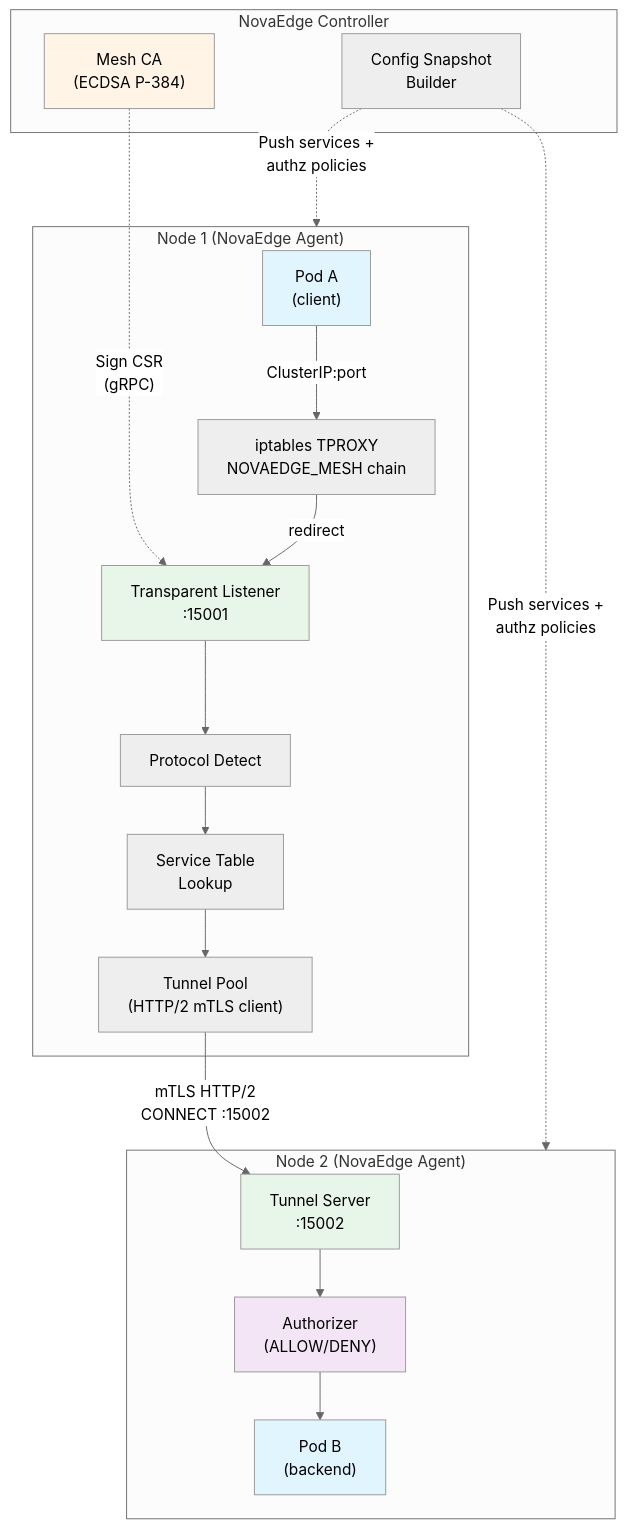
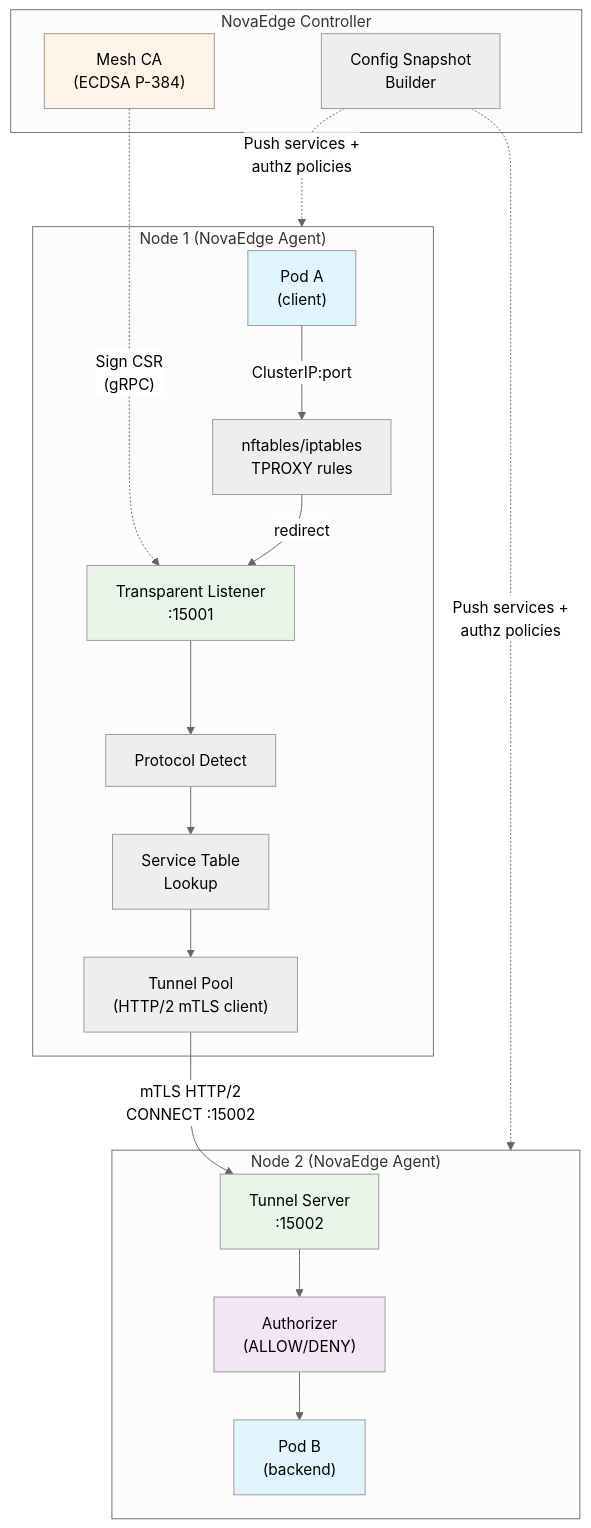
The first of 4 diagrams in docs/user-guide/service-mesh.md (azrtydxb/novaedge), drawn with Mermaid (neutral theme) before and after one commit. The commit also changed other lines of this file and 10 other files, not shown here.

First line of the commit message:
[Refactor] Replace iptables exec with nftables/netlink API for TPROXY (#506)

````diff
--- a/docs/user-guide/service-mesh.md
+++ b/docs/user-guide/service-mesh.md
@@ -20,33 +20,33 @@
 ```mermaid
 flowchart TB
     subgraph Node1["Node 1 (NovaEdge Agent)"]
-        Pod1["Pod A<br/>(client)"] -->|"ClusterIP:port"| IPT1["iptables TPROXY<br/>NOVAEDGE_MESH chain"]
+        Pod1["Pod A<br/>(client)"] -->|"ClusterIP:port"| IPT1["nftables/iptables<br/>TPROXY rules"]
         IPT1 -->|"redirect"| TL1["Transparent Listener<br/>:15001"]
         TL1 --> PD1["Protocol Detect"]
         PD1 --> ST1["Service Table<br/>Lookup"]
         ST1 --> TP1["Tunnel Pool<br/>(HTTP/2 mTLS client)"]
     end
 
     TP1 -->|"mTLS HTTP/2<br/>CONNECT :15002"| TS2
 
     subgraph Node2["Node 2 (NovaEdge Agent)"]
         TS2["Tunnel Server<br/>:15002"] --> AZ2["Authorizer<br/>(ALLOW/DENY)"]
         AZ2 --> Pod2["Pod B<br/>(backend)"]
     end
 
     subgraph Controller["NovaEdge Controller"]
         CA["Mesh CA<br/>(ECDSA P-384)"]
         SB["Config Snapshot<br/>Builder"]
     end
 
     CA -.->|"Sign CSR<br/>(gRPC)"| TL1
     SB -.->|"Push services +<br/>authz policies"| Node1
     SB -.->|"Push services +<br/>authz policies"| Node2
 
     style Pod1 fill:#e1f5ff
     style Pod2 fill:#e1f5ff
     style CA fill:#fff4e6
     style AZ2 fill:#f3e5f5
     style TS2 fill:#e8f5e9
     style TL1 fill:#e8f5e9
 ```
````
